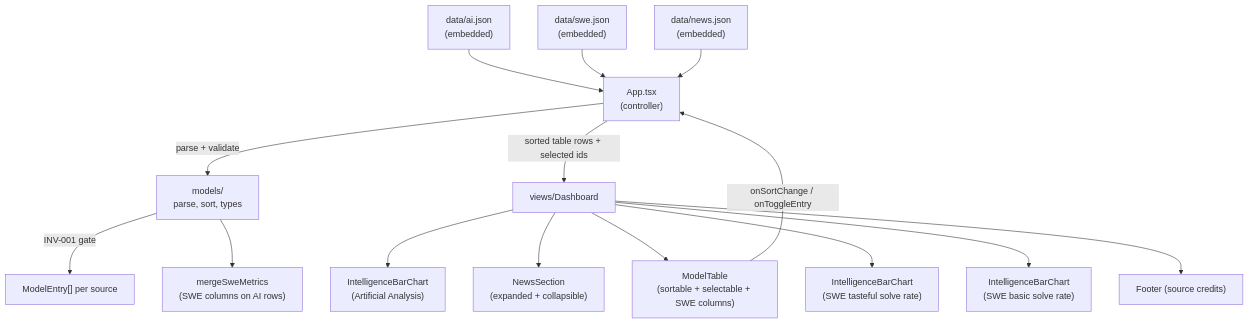
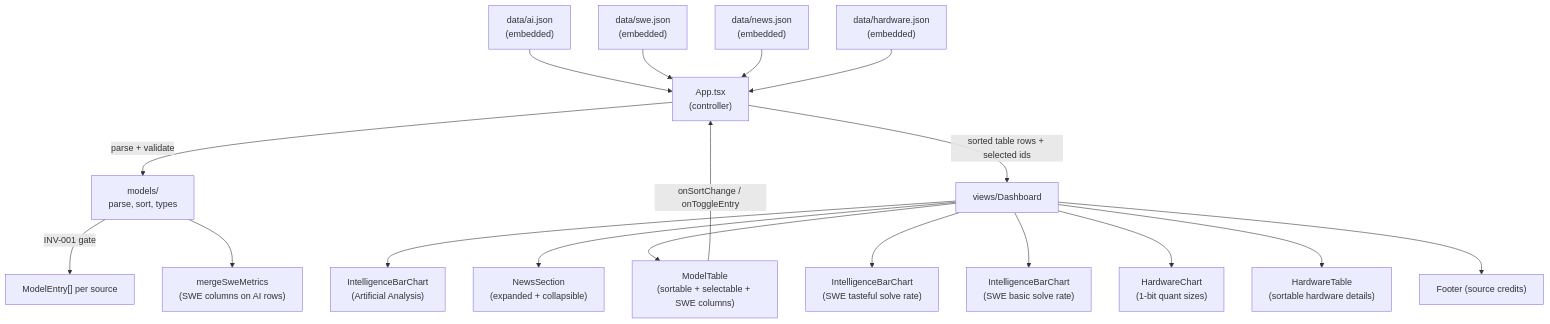
One commit to johnpfeiffer/benchmarks changed the first of 2 diagrams in architecture.md. Above: the diagram before and after it, drawn with Mermaid. The commit also changed other lines of this file and 10 other files, not shown here.

First line of the commit message:
feat: add HuggingFace estimated hardware table and chart for 1-bit quants

````diff
--- a/architecture.md
+++ b/architecture.md
@@ -23,17 +24,20 @@
 ```mermaid
 flowchart TD
     AIJSON["data/ai.json<br/>(embedded)"] --> App["App.tsx<br/>(controller)"]
     SWEJSON["data/swe.json<br/>(embedded)"] --> App
     NEWSJSON["data/news.json<br/>(embedded)"] --> App
+    HWJSON["data/hardware.json<br/>(embedded)"] --> App
     App -->|parse + validate| Models["models/<br/>parse, sort, types"]
     Models -->|INV-001 gate| Validated["ModelEntry[] per source"]
     Models --> Merge["mergeSweMetrics<br/>(SWE columns on AI rows)"]
     App -->|sorted table rows + selected ids| Dashboard["views/Dashboard"]
     Dashboard --> ChartA["IntelligenceBarChart<br/>(Artificial Analysis)"]
     Dashboard --> News["NewsSection<br/>(expanded + collapsible)"]
     Dashboard --> Table["ModelTable<br/>(sortable + selectable + SWE columns)"]
     Dashboard --> ChartB["IntelligenceBarChart<br/>(SWE tasteful solve rate)"]
     Dashboard --> ChartC["IntelligenceBarChart<br/>(SWE basic solve rate)"]
+    Dashboard --> HWChart["HardwareChart<br/>(1-bit quant sizes)"]
+    Dashboard --> HWTable["HardwareTable<br/>(sortable hardware details)"]
     Dashboard --> Footer["Footer (source credits)"]
     Table -->|onSortChange / onToggleEntry| App
 ```
````
